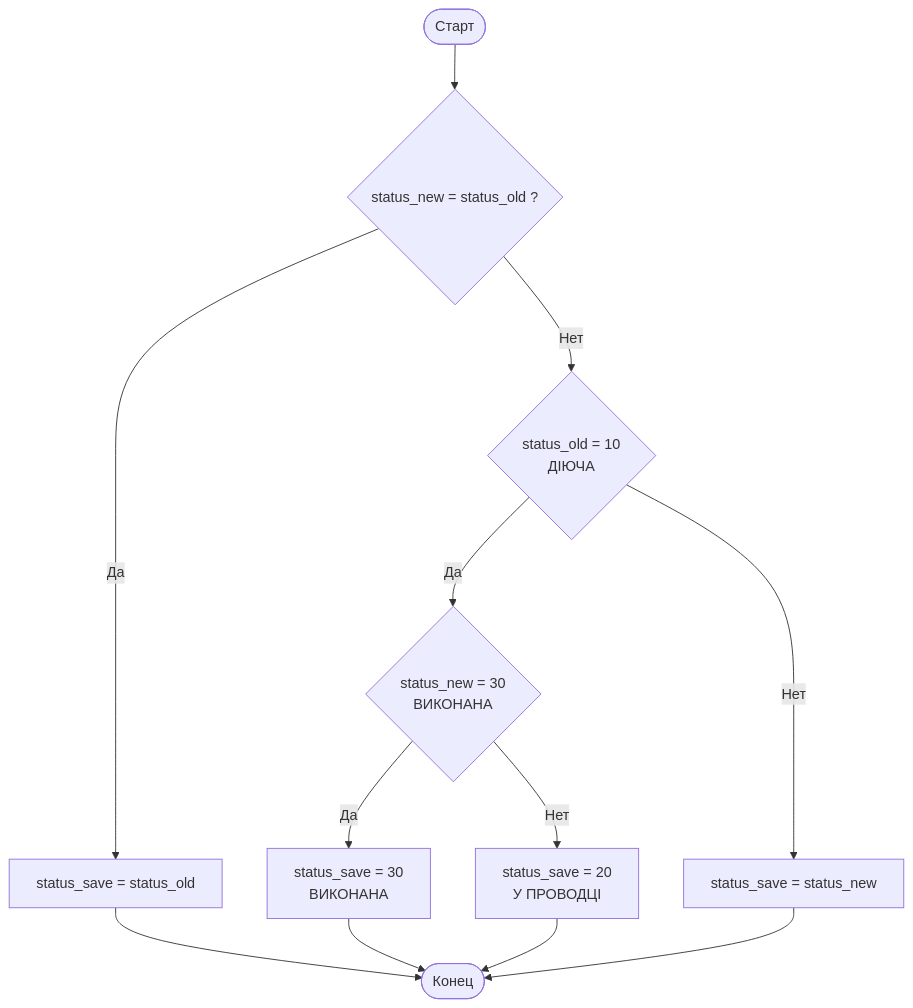
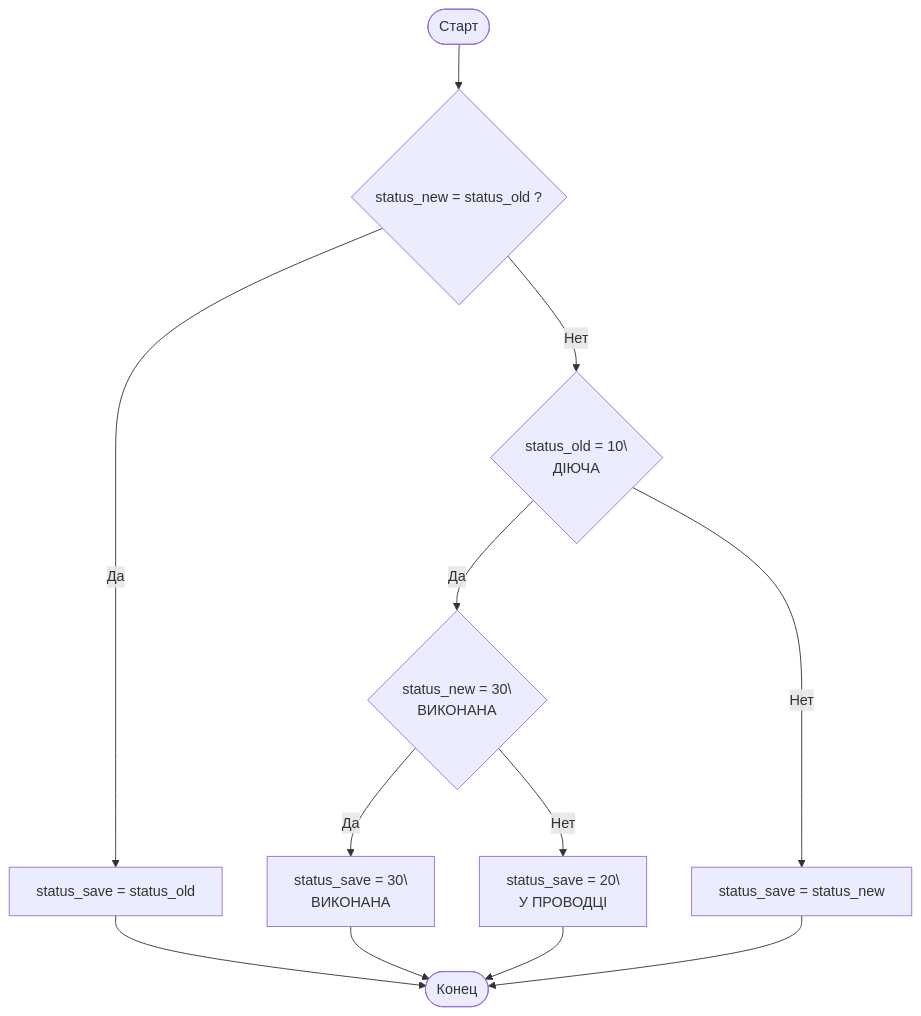
Before and after one commit to vvxsoni/Danube_help: the diagram in docs/ilk_001_main.md, drawn with Mermaid.

````diff
--- a/docs/ilk_001_main.md
+++ b/docs/ilk_001_main.md
@@ -75,10 +75,10 @@
 ```mermaid 
 flowchart TB
   A([Старт]) --> B{status_new = status_old ?}
   B -- Да --> C[status_save = status_old] --> Z([Конец])
-  B -- Нет --> D{status_old = 10\nДІЮЧА}
-  D -- Да --> E{status_new = 30\nВИКОНАНА}
-  E -- Да --> F[status_save = 30\nВИКОНАНА] --> Z
-  E -- Нет --> G[status_save = 20\nУ ПРОВОДЦІ] --> Z
+  B -- Нет --> D{status_old = 10\\nДІЮЧА}
+  D -- Да --> E{status_new = 30\\nВИКОНАНА}
+  E -- Да --> F[status_save = 30\\nВИКОНАНА] --> Z
+  E -- Нет --> G[status_save = 20\\nУ ПРОВОДЦІ] --> Z
   D -- Нет --> H[status_save = status_new] --> Z
 ```
````
